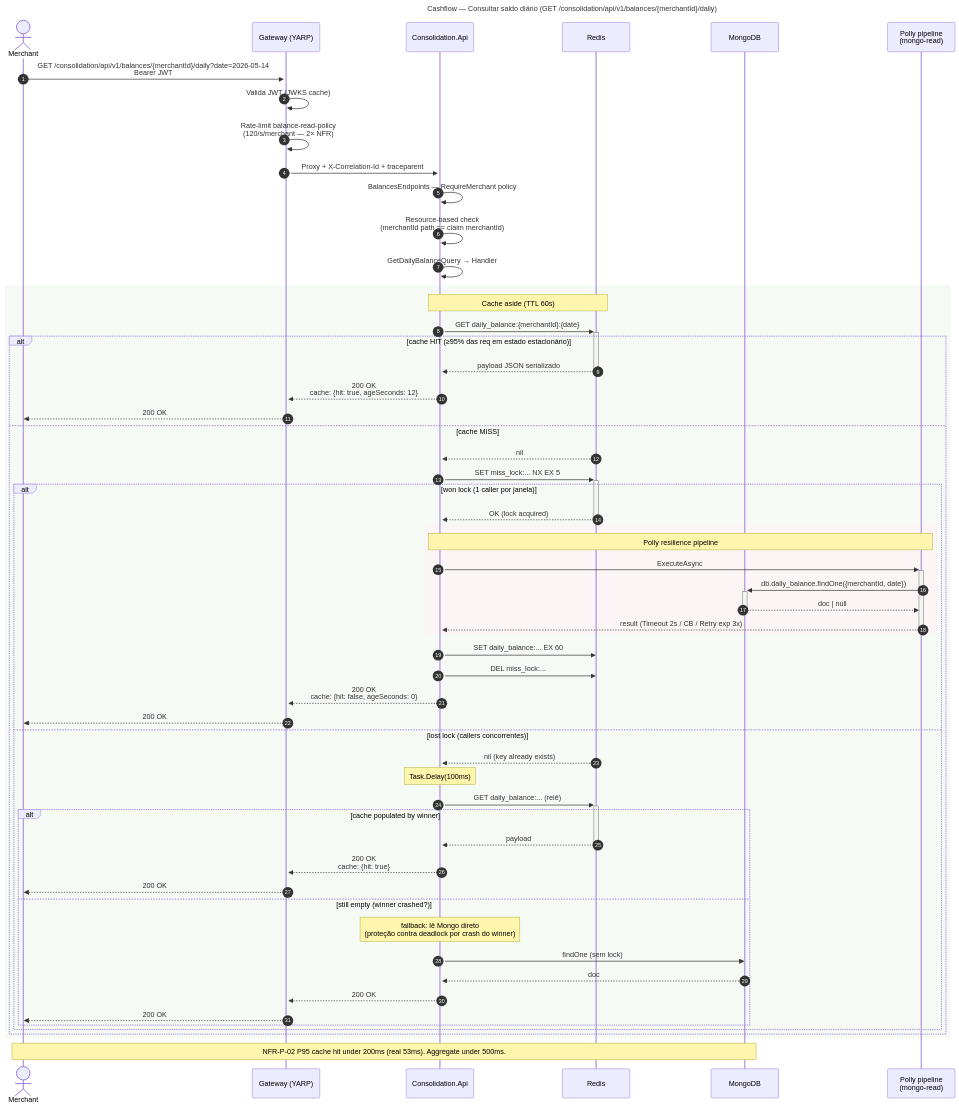
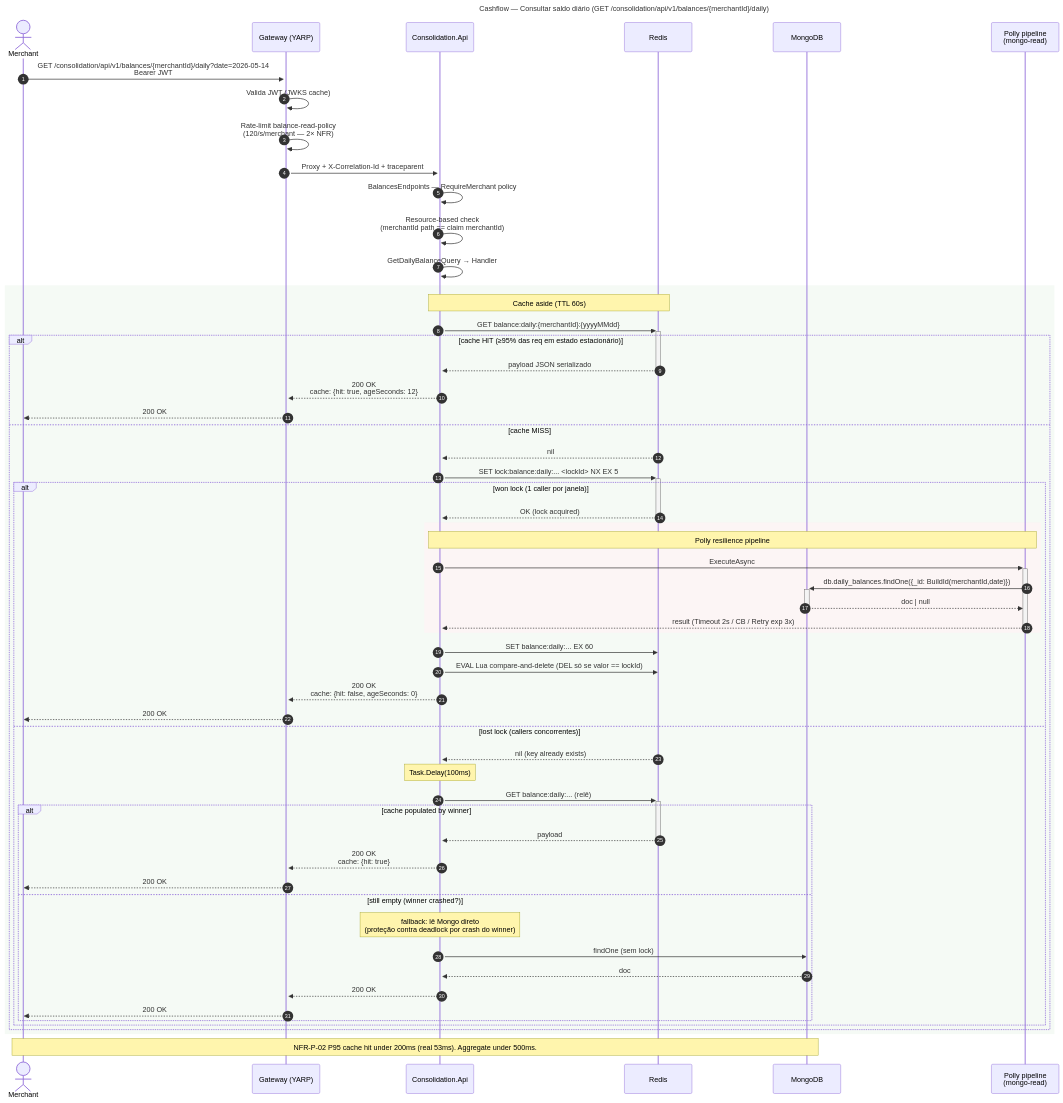
Before and after one commit to marcelocamargosjr/cashflow: the diagram in docs/sequence/query-balance.mmd, drawn with Mermaid. The commit also changed 19 other files, not shown here.

```diff
--- a/docs/sequence/query-balance.mmd
+++ b/docs/sequence/query-balance.mmd
@@ -1,63 +1,63 @@
 ---
 title: Cashflow — Consultar saldo diário (GET /consolidation/api/v1/balances/{merchantId}/daily)
 ---
 sequenceDiagram
     autonumber
     actor Merchant as Merchant
     participant GW as Gateway (YARP)
     participant API as Consolidation.Api
     participant CACHE as Redis
     participant MGO as MongoDB
     participant POLLY as Polly pipeline<br/>(mongo-read)
 
     Merchant->>+GW: GET /consolidation/api/v1/balances/{merchantId}/daily?date=2026-05-14<br/>Bearer JWT
     GW->>GW: Valida JWT (JWKS cache)
     GW->>GW: Rate-limit balance-read-policy<br/>(120/s/merchant — 2× NFR)
     GW->>+API: Proxy + X-Correlation-Id + traceparent
     API->>API: BalancesEndpoints — RequireMerchant policy
     API->>API: Resource-based check<br/>(merchantId path == claim merchantId)
     API->>API: GetDailyBalanceQuery → Handler
 
     rect rgb(245, 250, 245)
     note over API,CACHE: Cache aside (TTL 60s)
-        API->>+CACHE: GET daily_balance:{merchantId}:{date}
+        API->>+CACHE: GET balance:daily:{merchantId}:{yyyyMMdd}
         alt cache HIT (≥95% das req em estado estacionário)
             CACHE-->>-API: payload JSON serializado
             API-->>GW: 200 OK<br/>cache: {hit: true, ageSeconds: 12}
             GW-->>Merchant: 200 OK
         else cache MISS
             CACHE-->>API: nil
-            API->>+CACHE: SET miss_lock:... NX EX 5
+            API->>+CACHE: SET lock:balance:daily:... <lockId> NX EX 5
             alt won lock (1 caller por janela)
                 CACHE-->>-API: OK (lock acquired)
                 rect rgb(252, 245, 245)
                 note over API,POLLY: Polly resilience pipeline
                     API->>+POLLY: ExecuteAsync
-                    POLLY->>+MGO: db.daily_balance.findOne({merchantId, date})
+                    POLLY->>+MGO: db.daily_balances.findOne({_id: BuildId(merchantId,date)})
                     MGO-->>-POLLY: doc | null
                     POLLY-->>-API: result (Timeout 2s / CB / Retry exp 3x)
                 end
-                API->>CACHE: SET daily_balance:... EX 60
-                API->>CACHE: DEL miss_lock:...
+                API->>CACHE: SET balance:daily:... EX 60
+                API->>CACHE: EVAL Lua compare-and-delete (DEL só se valor == lockId)
                 API-->>GW: 200 OK<br/>cache: {hit: false, ageSeconds: 0}
                 GW-->>Merchant: 200 OK
             else lost lock (callers concorrentes)
                 CACHE-->>API: nil (key already exists)
                 note over API: Task.Delay(100ms)
-                API->>+CACHE: GET daily_balance:... (relê)
+                API->>+CACHE: GET balance:daily:... (relê)
                 alt cache populated by winner
                     CACHE-->>-API: payload
                     API-->>GW: 200 OK<br/>cache: {hit: true}
                     GW-->>Merchant: 200 OK
                 else still empty (winner crashed?)
                     note over API: fallback: lê Mongo direto<br/>(proteção contra deadlock por crash do winner)
                     API->>MGO: findOne (sem lock)
                     MGO-->>API: doc
                     API-->>GW: 200 OK
                     GW-->>Merchant: 200 OK
                 end
             end
         end
     end
 
     Note over Merchant,MGO: NFR-P-02 P95 cache hit under 200ms (real 53ms). Aggregate under 500ms.
```
